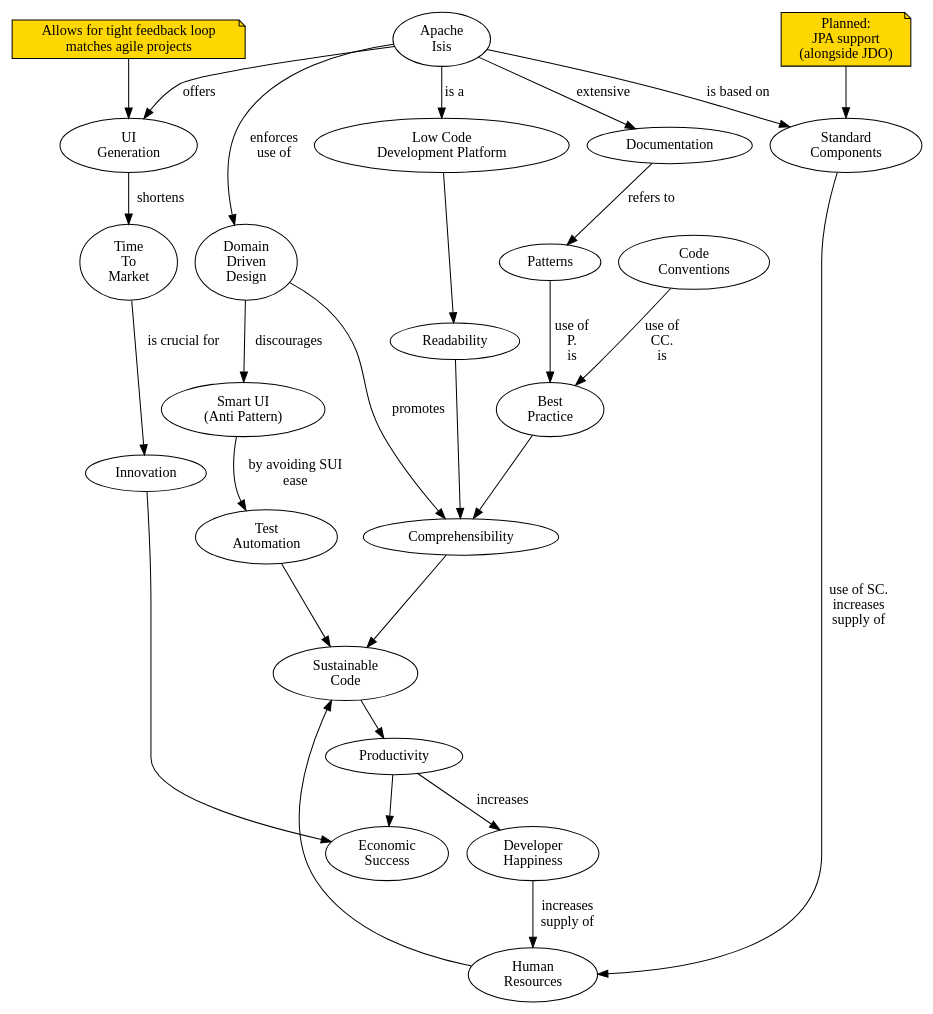
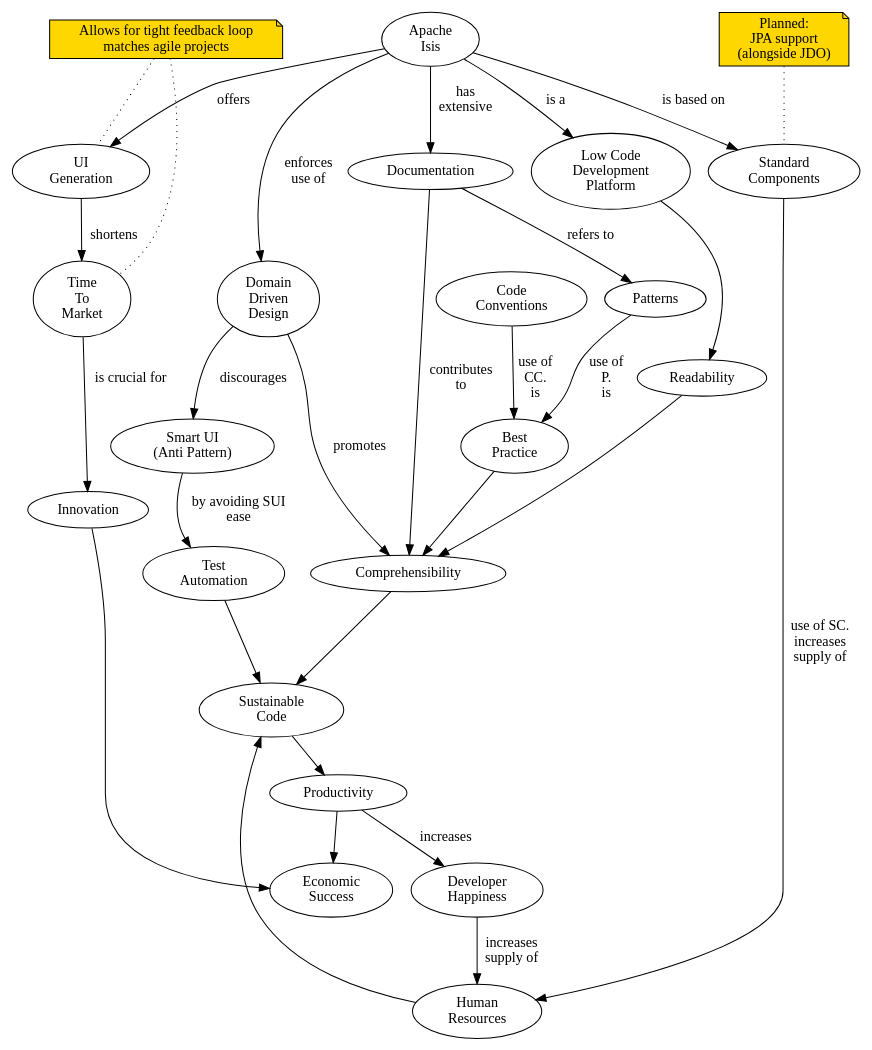
Before and after one commit to joerg-rade/dddsample-isis: the diagram in sellingPoints.adoc, drawn with Graphviz. The commit also changed 2 other files, not shown here.

Commit message:
doc, labels changed

```diff
--- a/sellingPoints.adoc
+++ b/sellingPoints.adoc
@@ -2,54 +2,57 @@
 [graphviz, dot-example, svg]
 ----
 digraph g {
     r [label="Readability"]
     c [label="Comprehensibility"]
     bp [label="Best\nPractice"]
     p [label="Patterns"]
     p -> bp [label="use of\nP.\nis"]
     cc [label="Code\nConventions"]
     cc -> bp [label="use of\nCC.\nis"]
     bp -> c 
     r -> c 
     sc [label="Sustainable\nCode"]
     c -> sc
-    lc [label="Low Code\nDevelopment Platform"    URL="https://en.wikipedia.org/wiki/Low-code_development_platforms"]
+    lc [label="Low Code\nDevelopment\nPlatform"    URL="https://en.wikipedia.org/wiki/Low-code_development_platforms"]
     lc -> r
     ttm [label="Time\nTo\nMarket"]
     pdc [label="Productivity"]
     uig [label="UI\nGeneration"]
     sc -> pdc 
     ai [label="Apache\nIsis"]
     ai -> lc [label="is a"]
     ai -> uig [label="offers"]
     hr [label="Human\nResources"]
     hr -> sc
     uig -> ttm [label="shortens"]
     ddd [label="Domain\nDriven\nDesign"]
     ai -> ddd [label="enforces\nuse of"]
     ddd -> c [label="promotes"]
     i [label="Innovation"]
     ttm -> i [label="is crucial for"]
     es [label="Economic\nSuccess"]
     i -> es [label=""]
     pdc -> es
     std [label="Standard\nComponents"]
     ai -> std [label="is based on"]
     std -> hr [label="use of SC.\nincreases\nsupply of"]
     dh [label="Developer\nHappiness"]
     pdc -> dh [label="increases"]
     dh -> hr [label="increases\nsupply of"]
     sui [label="Smart UI\n(Anti Pattern)" URL="https://de.wikipedia.org/wiki/Smart_UI"]
     ddd -> sui [label="discourages"]
     ta [label="Test\nAutomation"]
     sui -> ta [label="by avoiding SUI\nease"]
     ta -> sc 
     doc [label="Documentation"]
-    ai -> doc [label="extensive"]
+    ai -> doc [label="has\nextensive"]
     doc -> p [label="refers to"]
+    doc -> c [label="contributes\nto"]
+    edge [style=dotted arrowhead=none]
     std_note [shape=note label="Planned:\nJPA support\n(alongside JDO)" fillcolor=gold style=filled]
     std_note -> std 
     uig_note [shape=note fillcolor=gold style=filled label="Allows for tight feedback loop\nmatches agile projects"]
     uig_note -> uig
+    uig_note -> ttm
 }
 ----
```
